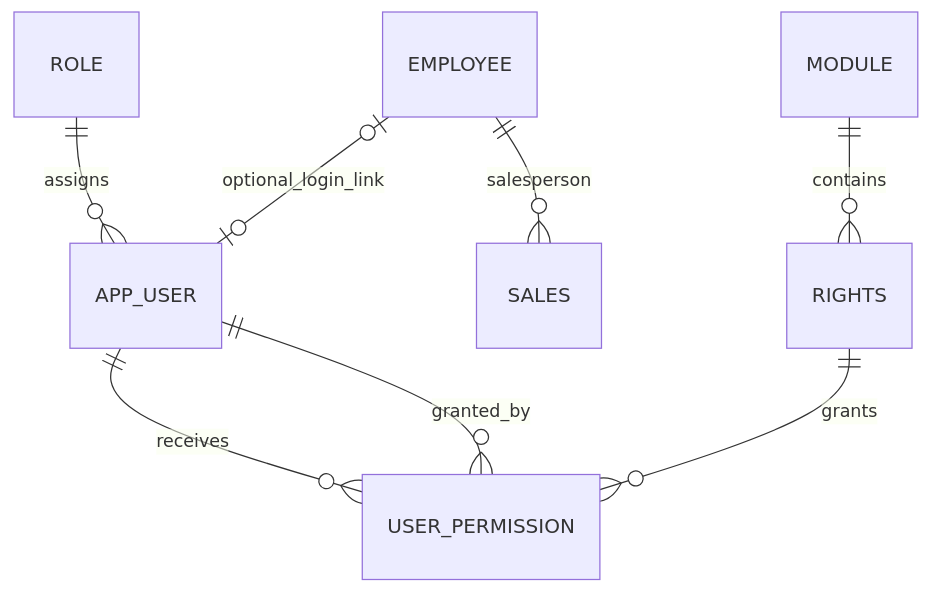
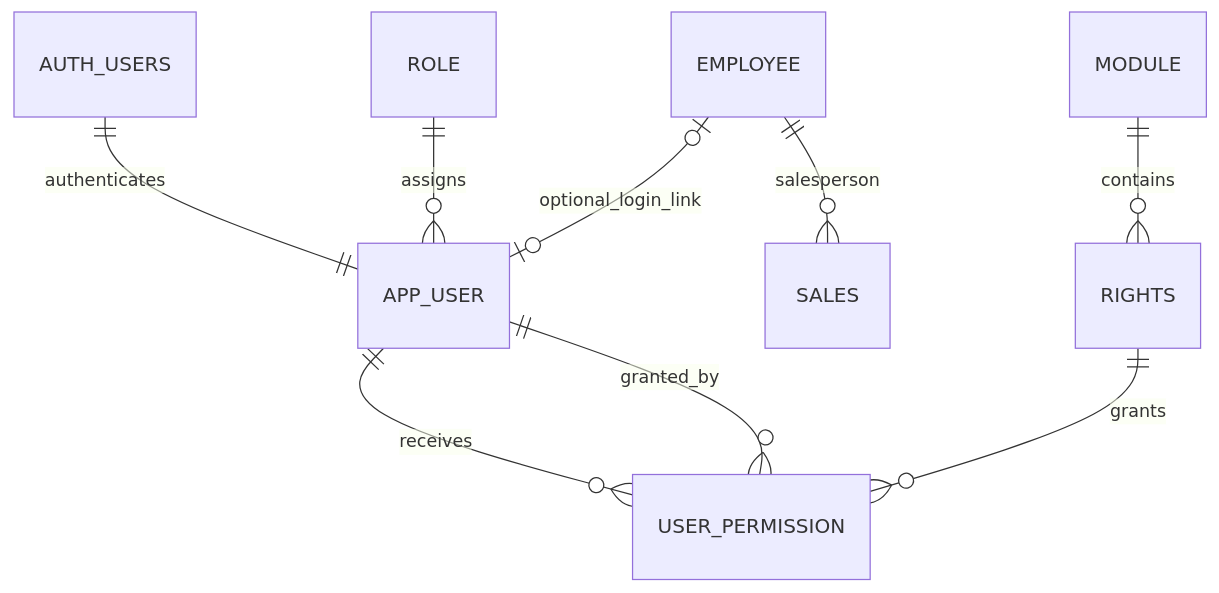
One commit to SKCuarte/2BSIT-2_AltF4Project changed the diagram in docs/User-Management-Design.md. Above: the diagram before and after it, drawn with Mermaid. The commit also changed other lines of this file and 6 other files, not shown here.

Commit message:
feat(DBA): align app users with Supabase Auth

````diff
--- a/docs/User-Management-Design.md
+++ b/docs/User-Management-Design.md
@@ -15,10 +15,11 @@
 ```mermaid
 erDiagram
+    AUTH_USERS ||--|| APP_USER : authenticates
     ROLE ||--o{ APP_USER : assigns
     EMPLOYEE o|--o| APP_USER : optional_login_link
     MODULE ||--o{ RIGHTS : contains
     APP_USER ||--o{ USER_PERMISSION : receives
     RIGHTS ||--o{ USER_PERMISSION : grants
     APP_USER ||--o{ USER_PERMISSION : granted_by
     EMPLOYEE ||--o{ SALES : salesperson
 ```
````
